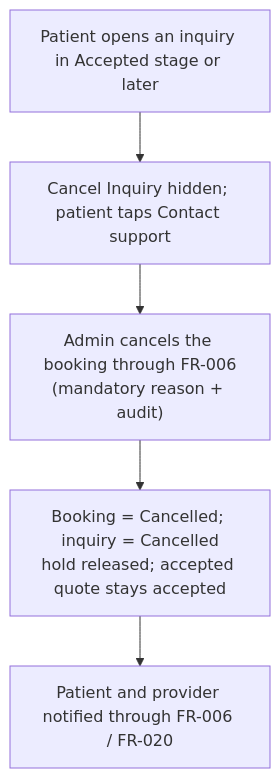
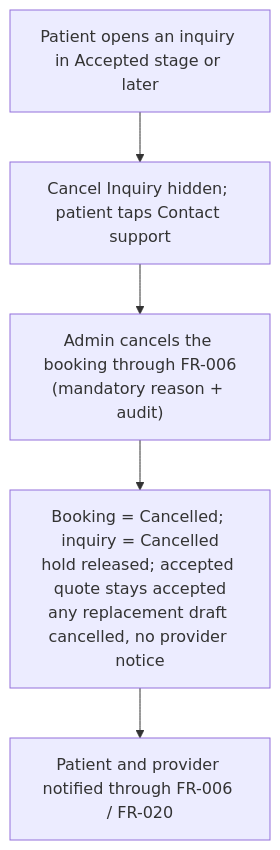
Before and after one commit to joachimtrungtuan/hairline-pm-docs: diagram 15 of 15 in project-requirements/functional-requirements/fr003-inquiry-submission/prd.md, drawn with Mermaid. The commit also changed other lines of this file and 5 other files, not shown here.

Commit message:
docs(fr003): apply logic review pass 1 fixes to PRD and graph

````diff
--- a/project-requirements/functional-requirements/fr003-inquiry-submission/prd.md
+++ b/project-requirements/functional-requirements/fr003-inquiry-submission/prd.md
@@ -432,7 +441,7 @@
 ```mermaid
 flowchart TD
     Want["Patient opens an inquiry in Accepted stage or later"] --> Support["Cancel Inquiry hidden; patient taps Contact support"]
     Support --> Admin["Admin cancels the booking through FR-006<br/>(mandatory reason + audit)"]
-    Admin --> Result["Booking = Cancelled; inquiry = Cancelled<br/>hold released; accepted quote stays accepted"]
+    Admin --> Result["Booking = Cancelled; inquiry = Cancelled<br/>hold released; accepted quote stays accepted<br/>any replacement draft cancelled, no provider notice"]
     Result --> Notify["Patient and provider notified through FR-006 / FR-020"]
 ```
````
